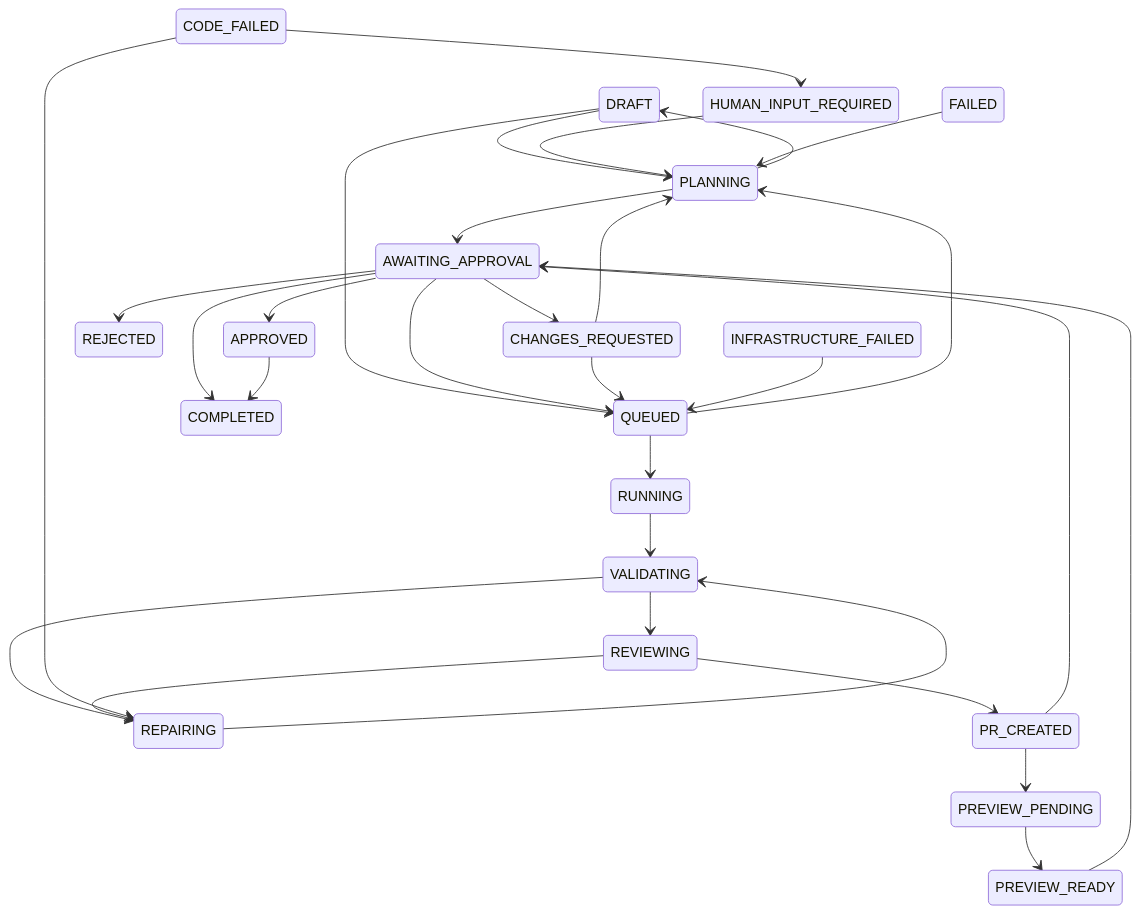
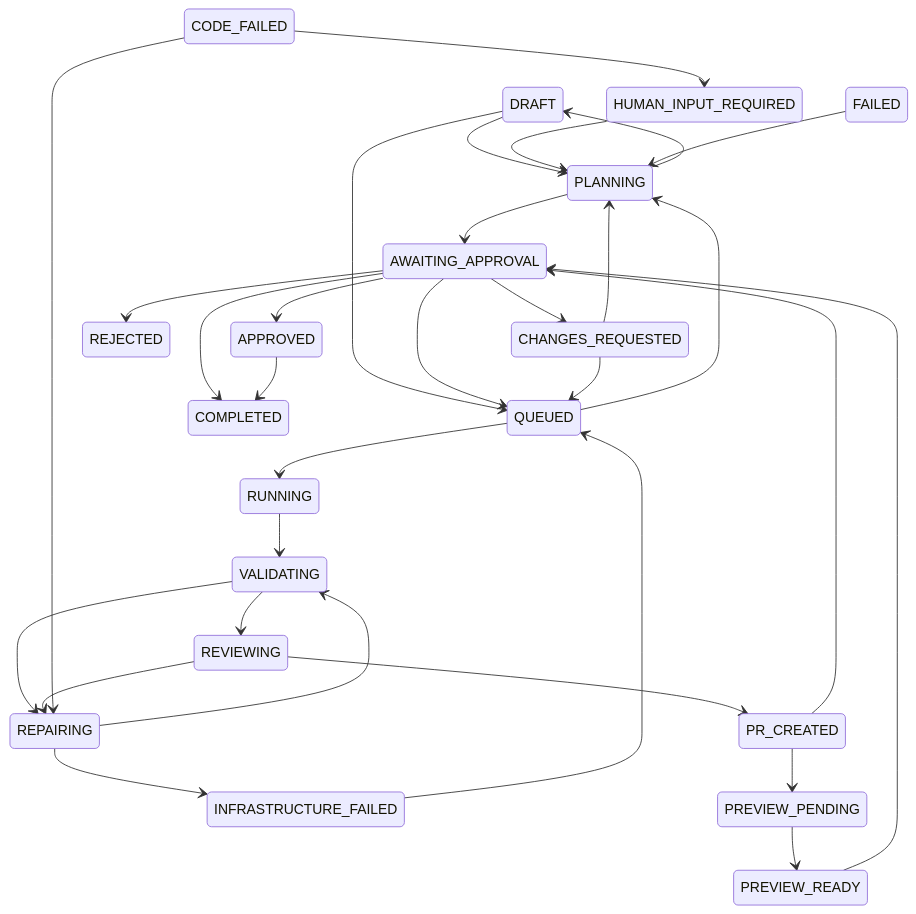
Before and after one commit to cjram71/agent-foundry: the diagram in docs/STATE-MACHINE.md, drawn with Mermaid. The commit also changed other lines of this file and 13 other files, not shown here.

````diff
--- a/docs/STATE-MACHINE.md
+++ b/docs/STATE-MACHINE.md
@@ -62,32 +62,33 @@
 ```mermaid
 stateDiagram-v2
   DRAFT --> PLANNING
   DRAFT --> QUEUED
   QUEUED --> PLANNING
   QUEUED --> RUNNING
   PLANNING --> AWAITING_APPROVAL
   PLANNING --> DRAFT
   RUNNING --> VALIDATING
   VALIDATING --> REVIEWING
   VALIDATING --> REPAIRING
   REPAIRING --> VALIDATING
+  REPAIRING --> INFRASTRUCTURE_FAILED
   REVIEWING --> PR_CREATED
   REVIEWING --> REPAIRING
   PR_CREATED --> PREVIEW_PENDING
   PR_CREATED --> AWAITING_APPROVAL
   PREVIEW_PENDING --> PREVIEW_READY
   PREVIEW_READY --> AWAITING_APPROVAL
   AWAITING_APPROVAL --> QUEUED
   AWAITING_APPROVAL --> APPROVED
   AWAITING_APPROVAL --> REJECTED
   AWAITING_APPROVAL --> CHANGES_REQUESTED
   AWAITING_APPROVAL --> COMPLETED
   CHANGES_REQUESTED --> QUEUED
   CHANGES_REQUESTED --> PLANNING
   HUMAN_INPUT_REQUIRED --> PLANNING
   CODE_FAILED --> REPAIRING
   CODE_FAILED --> HUMAN_INPUT_REQUIRED
   INFRASTRUCTURE_FAILED --> QUEUED
   FAILED --> PLANNING
   APPROVED --> COMPLETED
 ```
````
